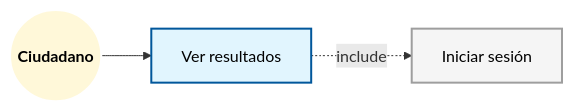
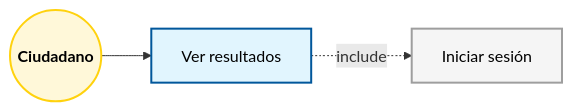
One commit to OnyxVariables/AGORA changed the seventh of 13 diagrams in docs/casosUso.md. Above: the diagram before and after it, drawn with Mermaid. The commit also changed other lines of this file, not shown here.

````diff
--- a/docs/casosUso.md
+++ b/docs/casosUso.md
@@ -177,10 +182,10 @@
 ```mermaid
 graph LR
-    classDef actor fill:#fff8d9,stroke:#fff,stroke-width:2px,color:#000
+    classDef actor fill:#fff8d9,stroke:#ffd20e,stroke-width:2px,color:#000
     classDef primario fill:#e1f5fe,stroke:#01579b,stroke-width:2px,color:#000
     classDef soporte fill:#f5f5f5,stroke:#9e9e9e,stroke-width:2px,color:#000
 
     Ciudadano((<b>Ciudadano</b>)):::actor
     Ciudadano --> UC_Resultados[Ver resultados]:::primario
     UC_Resultados -.->|include| UC_Login[Iniciar sesión]:::soporte
 ``` 
````
